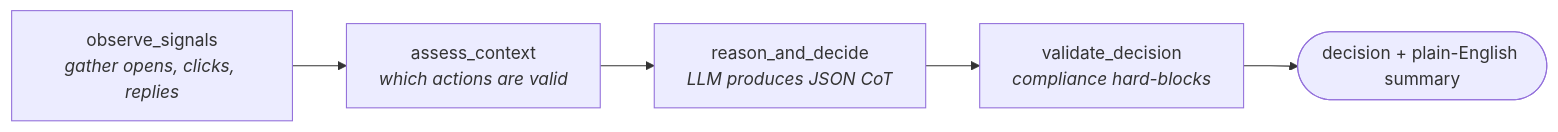
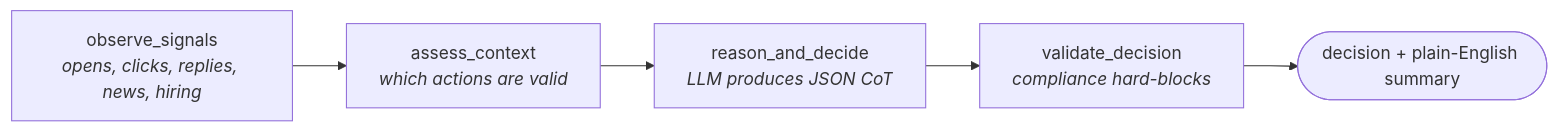
Before and after one commit to Prajyant/Capgemini: the second of 2 diagrams in README.md, drawn with Mermaid. The commit also changed other lines of this file and 36 other files, not shown here.

First line of the commit message:
Demo-ready agent: dashboard demo flow, executable Approve, live news injection

````diff
--- a/README.md
+++ b/README.md
@@ -130,7 +130,7 @@
 ```mermaid
 flowchart LR
-    A[observe_signals<br/><i>gather opens, clicks, replies</i>] --> B[assess_context<br/><i>which actions are valid</i>]
+    A[observe_signals<br/><i>opens, clicks, replies, news, hiring</i>] --> B[assess_context<br/><i>which actions are valid</i>]
     B --> C[reason_and_decide<br/><i>LLM produces JSON CoT</i>]
     C --> D[validate_decision<br/><i>compliance hard-blocks</i>]
     D --> E([decision + plain-English summary])
 ```
````
